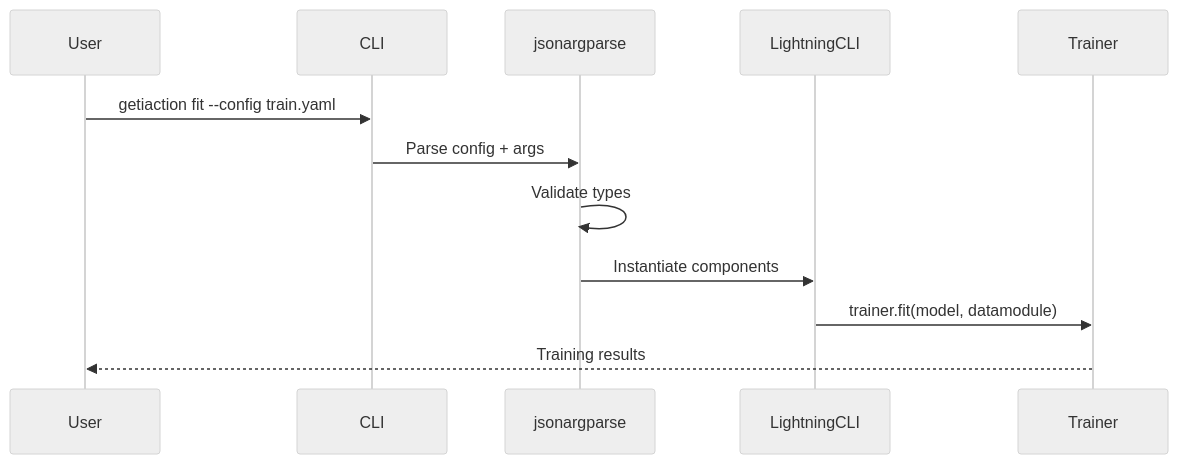
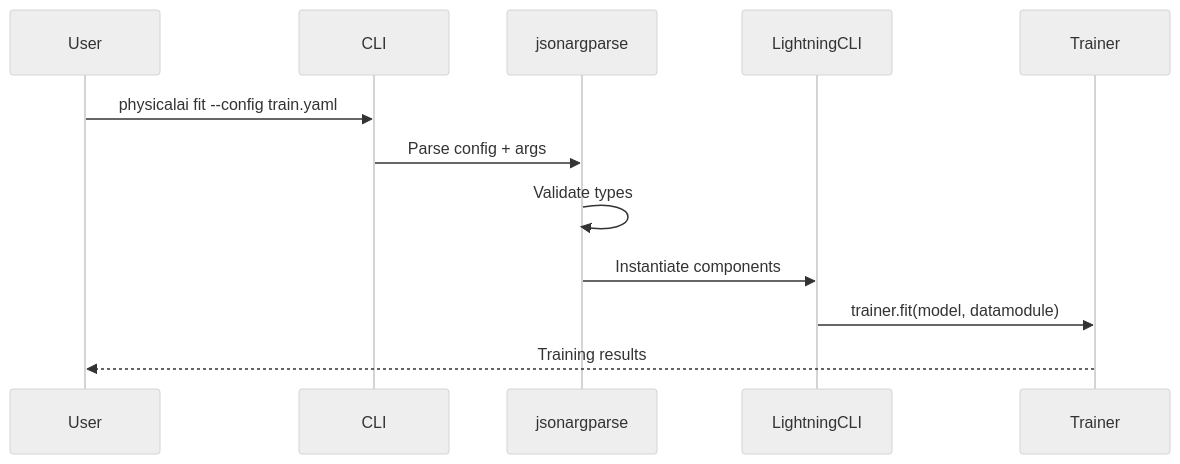
The second of 2 diagrams in library/docs/explanation/cli/lightning_cli.md (open-edge-platform/physical-ai-studio), drawn with Mermaid (neutral theme) before and after one commit. The commit also changed other lines of this file and 305 other files, not shown here.

First line of the commit message:
chore: rename `getiaction` to `physicalai` (#256)

````diff
--- a/library/docs/explanation/cli/lightning_cli.md
+++ b/library/docs/explanation/cli/lightning_cli.md
@@ -84,15 +84,15 @@
 ```mermaid
 sequenceDiagram
     participant User
     participant CLI
     participant jsonargparse
     participant LightningCLI
     participant Trainer
 
-    User->>CLI: getiaction fit --config train.yaml
+    User->>CLI: physicalai fit --config train.yaml
     CLI->>jsonargparse: Parse config + args
     jsonargparse->>jsonargparse: Validate types
     jsonargparse->>LightningCLI: Instantiate components
     LightningCLI->>Trainer: trainer.fit(model, datamodule)
     Trainer-->>User: Training results
 ```
````
